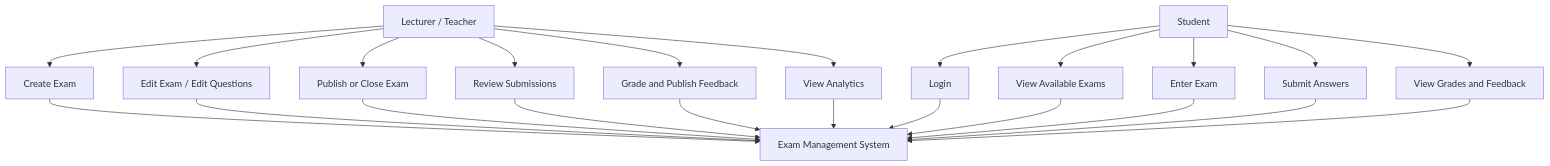
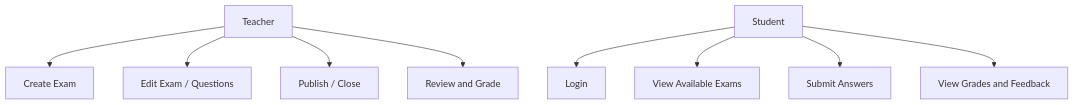
The third of 3 diagrams in docs/VISUAL_DIAGRAMS_FOR_PRESENTATION.md (abolielmahde/exam-management-system), drawn with Mermaid before and after one commit. The commit also changed other lines of this file and 83 other files, not shown here.

Commit message:
update final project with formatted code comments graphs and documentation

````diff
--- a/docs/VISUAL_DIAGRAMS_FOR_PRESENTATION.md
+++ b/docs/VISUAL_DIAGRAMS_FOR_PRESENTATION.md
@@ -59,31 +30,11 @@
 ```mermaid
 flowchart TB
-    Teacher[Lecturer / Teacher]
-    Student[Student]
-    System[Exam Management System]
-
-    Teacher --> UC1[Create Exam]
-    Teacher --> UC2[Edit Exam / Edit Questions]
-    Teacher --> UC3[Publish or Close Exam]
-    Teacher --> UC4[Review Submissions]
-    Teacher --> UC5[Grade and Publish Feedback]
-    Teacher --> UC6[View Analytics]
-
-    Student --> UC7[Login]
-    Student --> UC8[View Available Exams]
-    Student --> UC9[Enter Exam]
-    Student --> UC10[Submit Answers]
-    Student --> UC11[View Grades and Feedback]
-
-    UC1 --> System
-    UC2 --> System
-    UC3 --> System
-    UC4 --> System
-    UC5 --> System
-    UC6 --> System
-    UC7 --> System
-    UC8 --> System
-    UC9 --> System
-    UC10 --> System
-    UC11 --> System
+  Teacher --> Create[Create Exam]
+  Teacher --> Edit[Edit Exam / Questions]
+  Teacher --> Publish[Publish / Close]
+  Teacher --> Review[Review and Grade]
+  Student --> Login
+  Student --> Available[View Available Exams]
+  Student --> Submit[Submit Answers]
+  Student --> Results[View Grades and Feedback]
 ```
````
